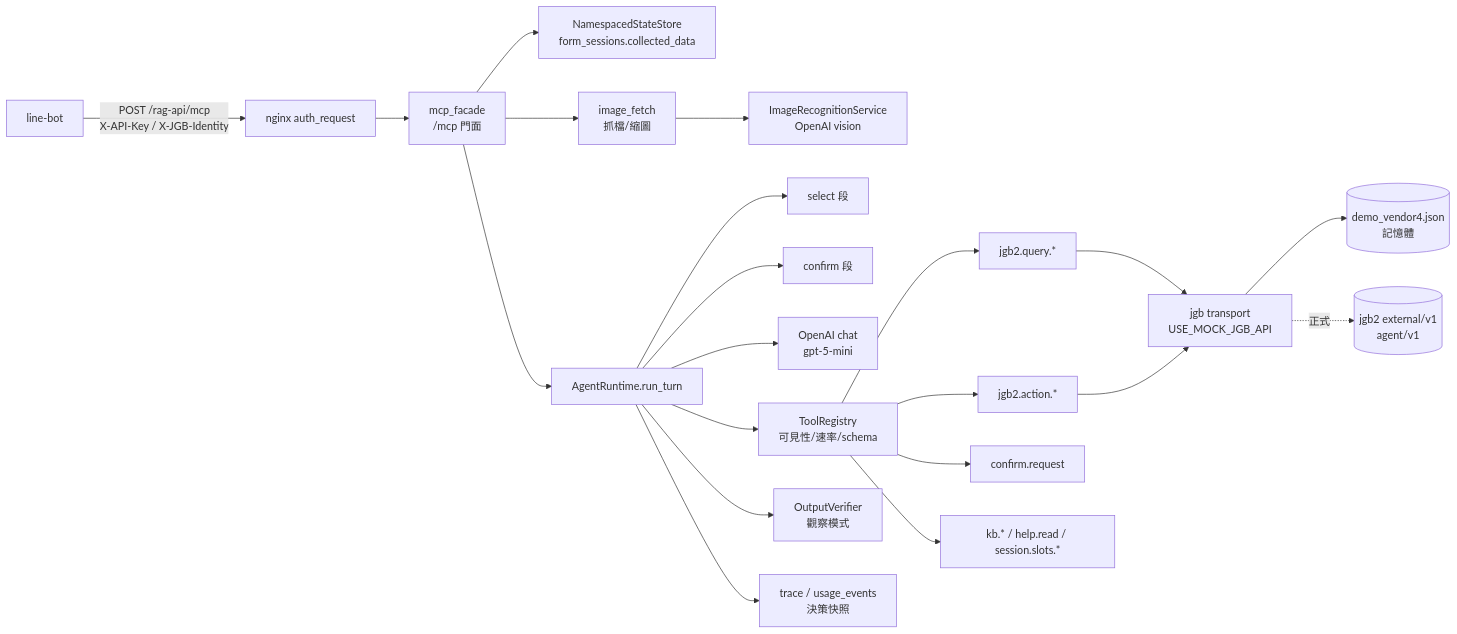
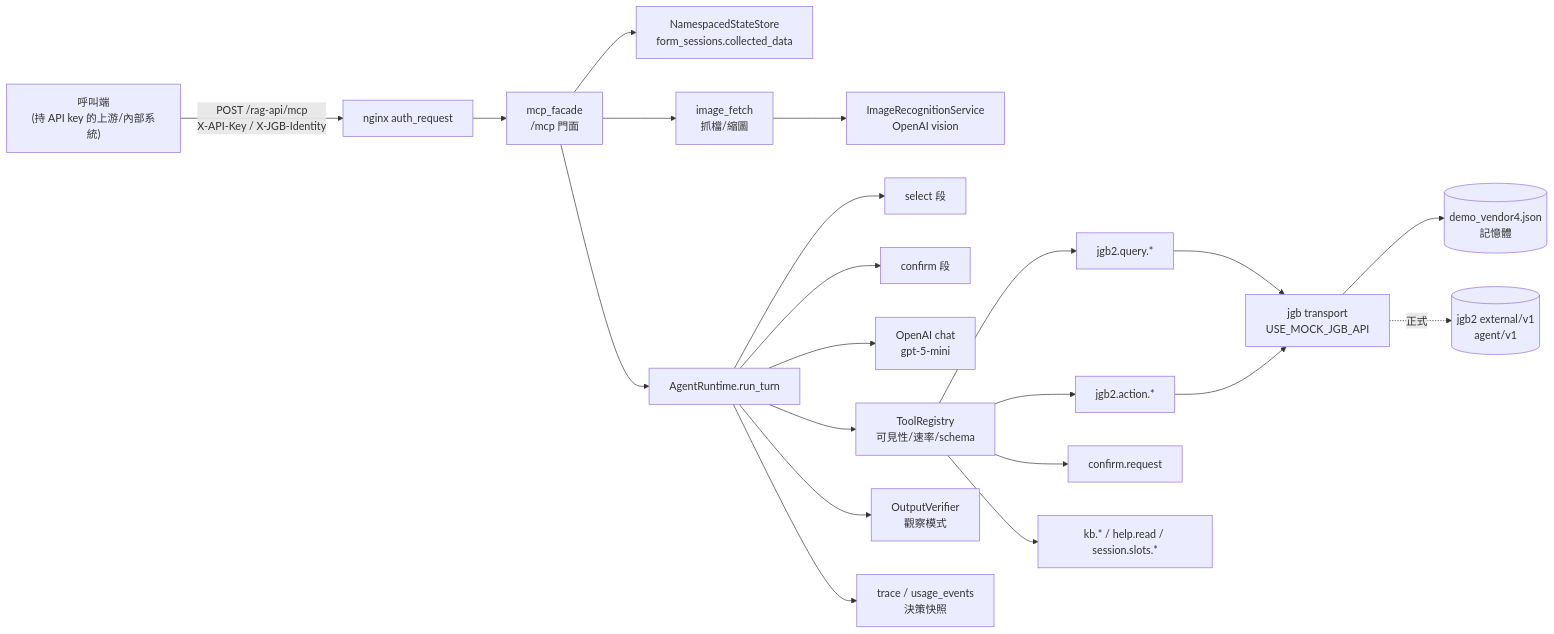
One commit to JGBlenny/AIChatbot changed the first of 3 diagrams in docs/architecture/AGENTIC_MCP_ARCHITECTURE.md. Above: the diagram before and after it, drawn with Mermaid. The commit also changed other lines of this file and 2 other files, not shown here.

First line of the commit message:
docs(architecture): 入口定義由程式重新推導——LINE OA 是 demo 場景，不是架構入口

````diff
--- a/docs/architecture/AGENTIC_MCP_ARCHITECTURE.md
+++ b/docs/architecture/AGENTIC_MCP_ARCHITECTURE.md
@@ -13,23 +13,23 @@
 ```mermaid
 flowchart LR
-  LB[line-bot] -- "POST /rag-api/mcp\nX-API-Key / X-JGB-Identity" --> NG[nginx auth_request]
+  LB["呼叫端<br/>(持 API key 的上游/內部系統)"] -- "POST /rag-api/mcp\nX-API-Key / X-JGB-Identity" --> NG[nginx auth_request]
   NG --> F[mcp_facade\n/mcp 門面]
   F --> ST[NamespacedStateStore\nform_sessions.collected_data]
   F --> IM[image_fetch\n抓檔/縮圖]
   IM --> VS[ImageRecognitionService\nOpenAI vision]
   F --> RT[AgentRuntime.run_turn]
   RT --> SEL[select 段]
   RT --> CF[confirm 段]
   RT --> LLM[OpenAI chat\ngpt-5-mini]
   RT --> REG[ToolRegistry\n可見性/速率/schema]
   REG --> Q[jgb2.query.*]
   REG --> A[jgb2.action.*]
   REG --> C[confirm.request]
   REG --> K[kb.* / help.read / session.slots.*]
   Q --> TR[jgb transport\nUSE_MOCK_JGB_API]
   A --> TR
   TR --> MOCK[(demo_vendor4.json\n記憶體)]
   TR -. 正式 .-> JGB[(jgb2 external/v1\nagent/v1)]
   RT --> VF[OutputVerifier\n觀察模式]
   RT --> TRC[trace / usage_events\n決策快照]
 ```
````
